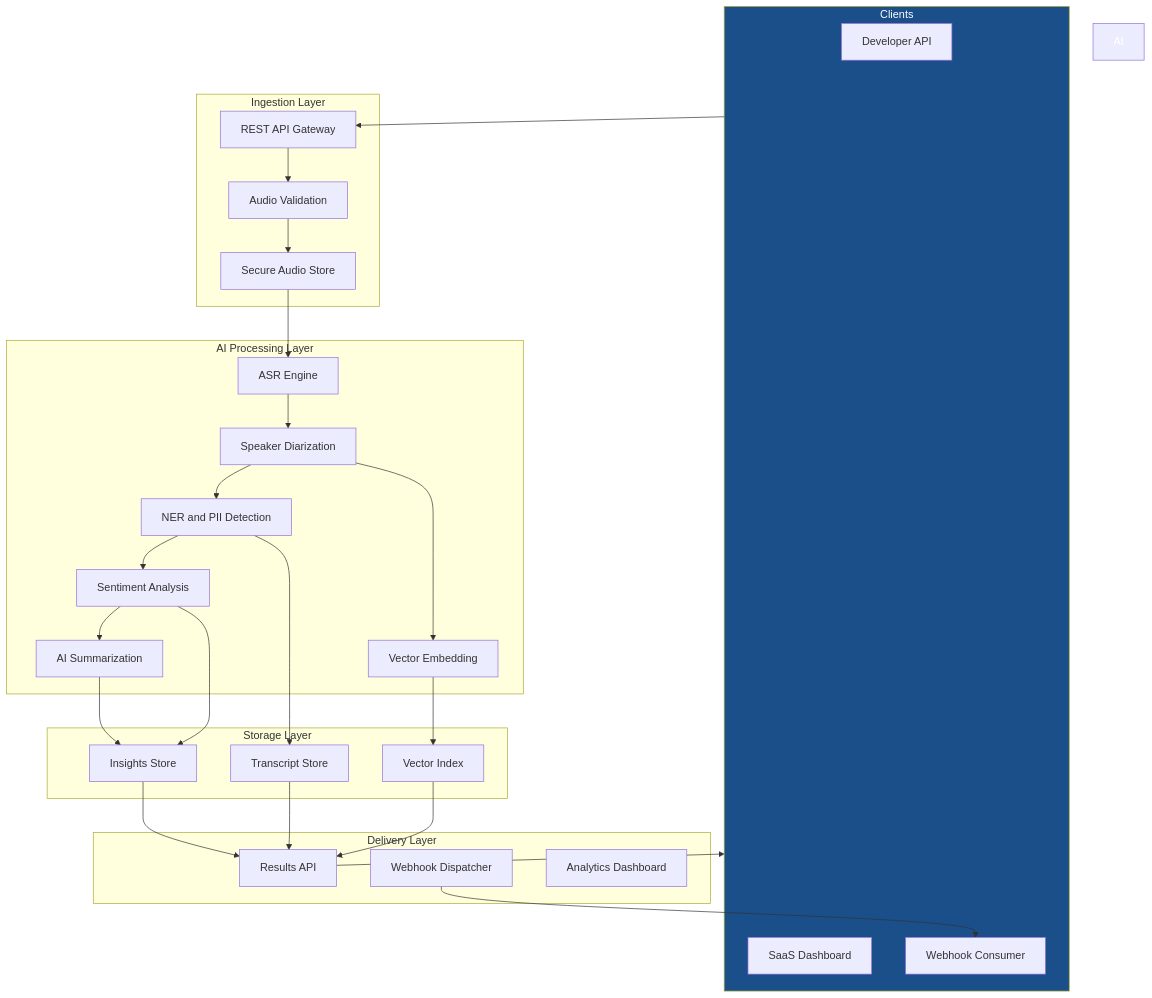
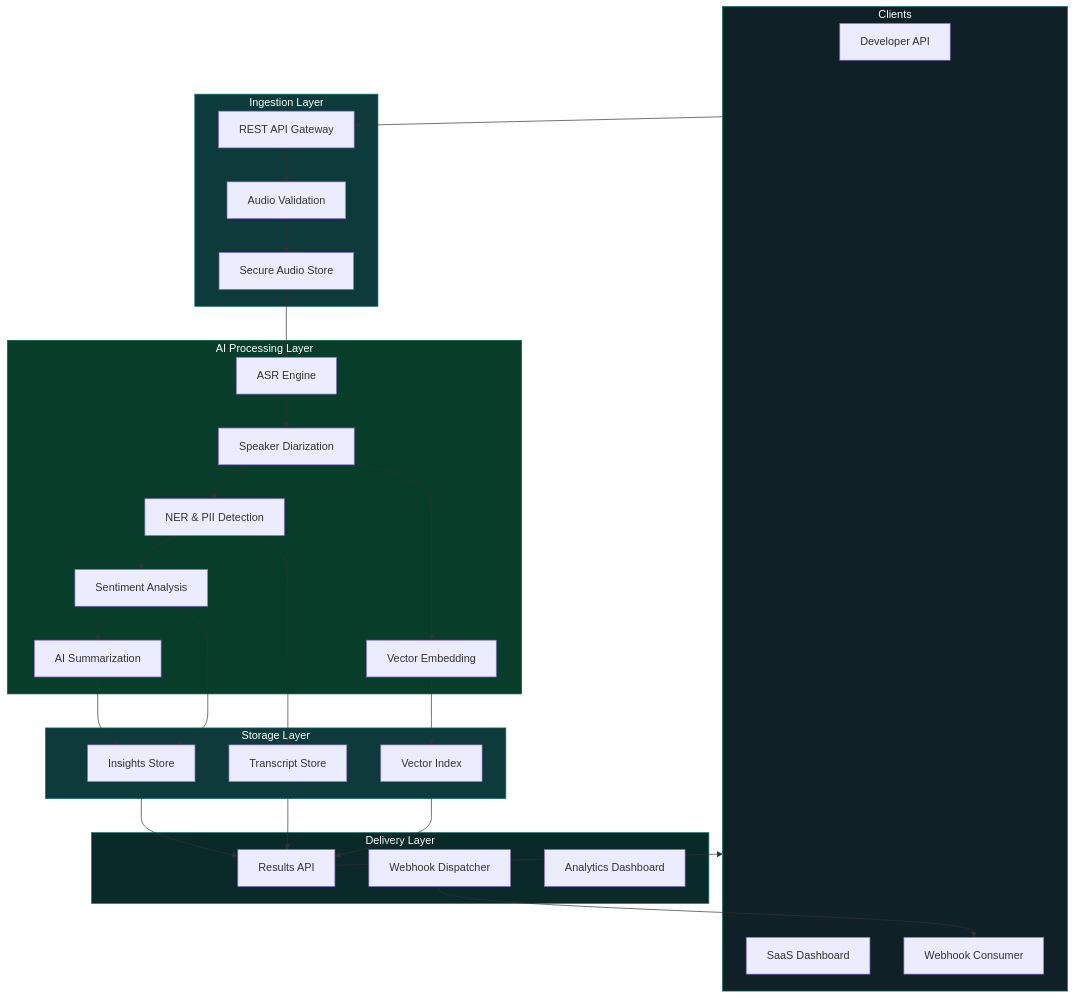
One commit to BenovaTech/novapulse-docs changed the diagram in docs/architecture/system-overview.md. Above: the diagram before and after it, drawn with Mermaid. The commit also changed 7 other files, not shown here.

Commit message:
style: apply teal palette, fix all diagrams, add logo and favicon

````diff
--- a/docs/architecture/system-overview.md
+++ b/docs/architecture/system-overview.md
@@ -16,50 +16,53 @@
 ```mermaid
 flowchart TB
-  subgraph Clients
+  subgraph Clients["Clients"]
     A1[Developer API]
     A2[SaaS Dashboard]
     A3[Webhook Consumer]
   end
 
-  subgraph Ingestion Layer
+  subgraph Ingestion["Ingestion Layer"]
     B1[REST API Gateway]
     B2[Audio Validation]
     B3[Secure Audio Store]
   end
 
-  subgraph AI Processing Layer
+  subgraph Processing["AI Processing Layer"]
     C1[ASR Engine]
     C2[Speaker Diarization]
-    C3[NER and PII Detection]
+    C3[NER & PII Detection]
     C4[Sentiment Analysis]
     C5[AI Summarization]
     C6[Vector Embedding]
   end
 
-  subgraph Storage Layer
+  subgraph Storage["Storage Layer"]
     D1[Transcript Store]
     D2[Vector Index]
     D3[Insights Store]
   end
 
-  subgraph Delivery Layer
+  subgraph Delivery["Delivery Layer"]
     E1[Results API]
     E2[Webhook Dispatcher]
     E3[Analytics Dashboard]
   end
 
   Clients --> B1
   B1 --> B2 --> B3
   B3 --> C1 --> C2 --> C3 --> C4 --> C5
   C2 --> C6
   C6 --> D2
   C3 --> D1
   C4 --> D3
   C5 --> D3
   D1 & D2 & D3 --> E1
   E1 --> Clients
   E2 --> A3
 
-  style Clients fill:#1B4F8A,color:#fff
-  style AI Processing Layer fill:#155724,color:#fff
+  style Clients fill:#0f2027,color:#ffffff,stroke:#0d6e6e
+  style Ingestion fill:#0d3a3a,color:#ffffff,stroke:#0d6e6e
+  style Processing fill:#083d2a,color:#ffffff,stroke:#065f46
+  style Storage fill:#0d3a3a,color:#ffffff,stroke:#0d6e6e
+  style Delivery fill:#0a2a2a,color:#ffffff,stroke:#0d6e6e
 ```
````
